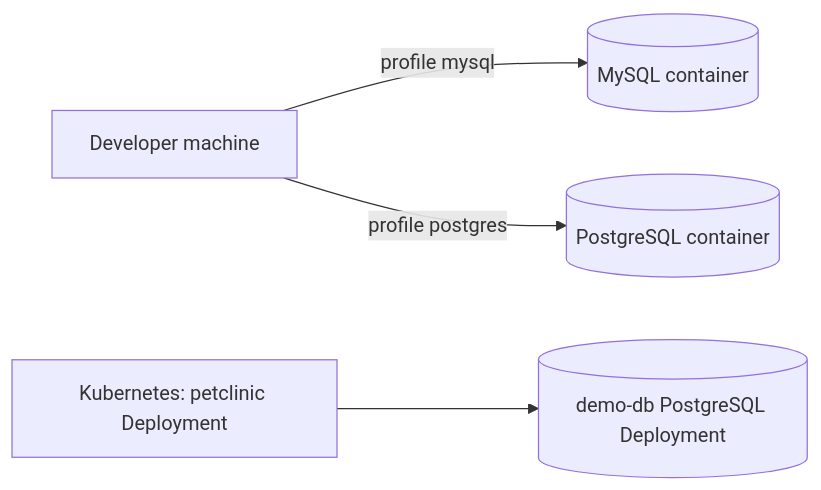
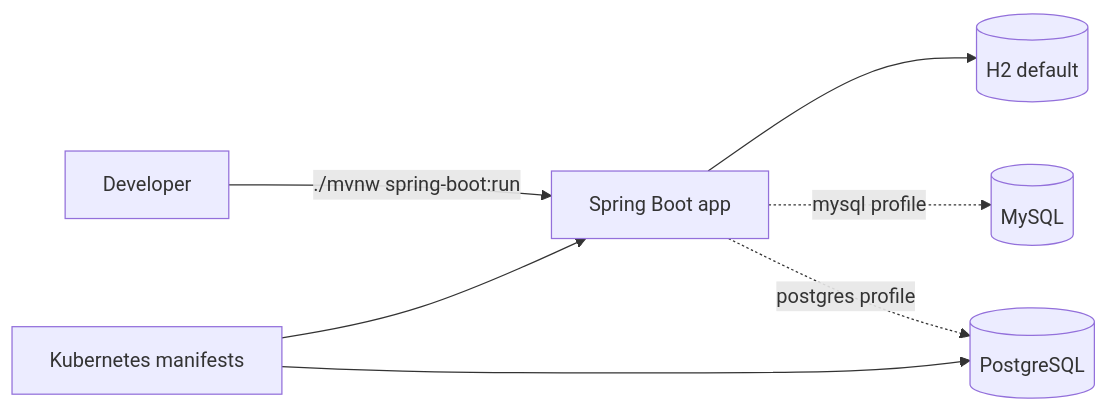
One commit to HeWhoRoams/AppDoc changed the fourth of 4 diagrams in examples/current/spring-petclinic/application-documentation.md. Above: the diagram before and after it, drawn with Mermaid. The commit also changed other lines of this file and 64 other files, not shown here.

````diff
--- a/examples/current/spring-petclinic/application-documentation.md
+++ b/examples/current/spring-petclinic/application-documentation.md
@@ -445,6 +429,9 @@
 ```mermaid
 flowchart LR
-  Dev[Developer machine] -->|profile mysql| M[(MySQL container)]
-  Dev -->|profile postgres| P[(PostgreSQL container)]
-  K[Kubernetes: petclinic Deployment] --> KD[(demo-db PostgreSQL Deployment)]
+  Dev[Developer] -->|./mvnw spring-boot:run| App[Spring Boot app]
+  App --> H2[(H2 default)]
+  App -.->|mysql profile| MySQL[(MySQL)]
+  App -.->|postgres profile| PG[(PostgreSQL)]
+  K8s[Kubernetes manifests] --> App
+  K8s --> PG
 ```
````
